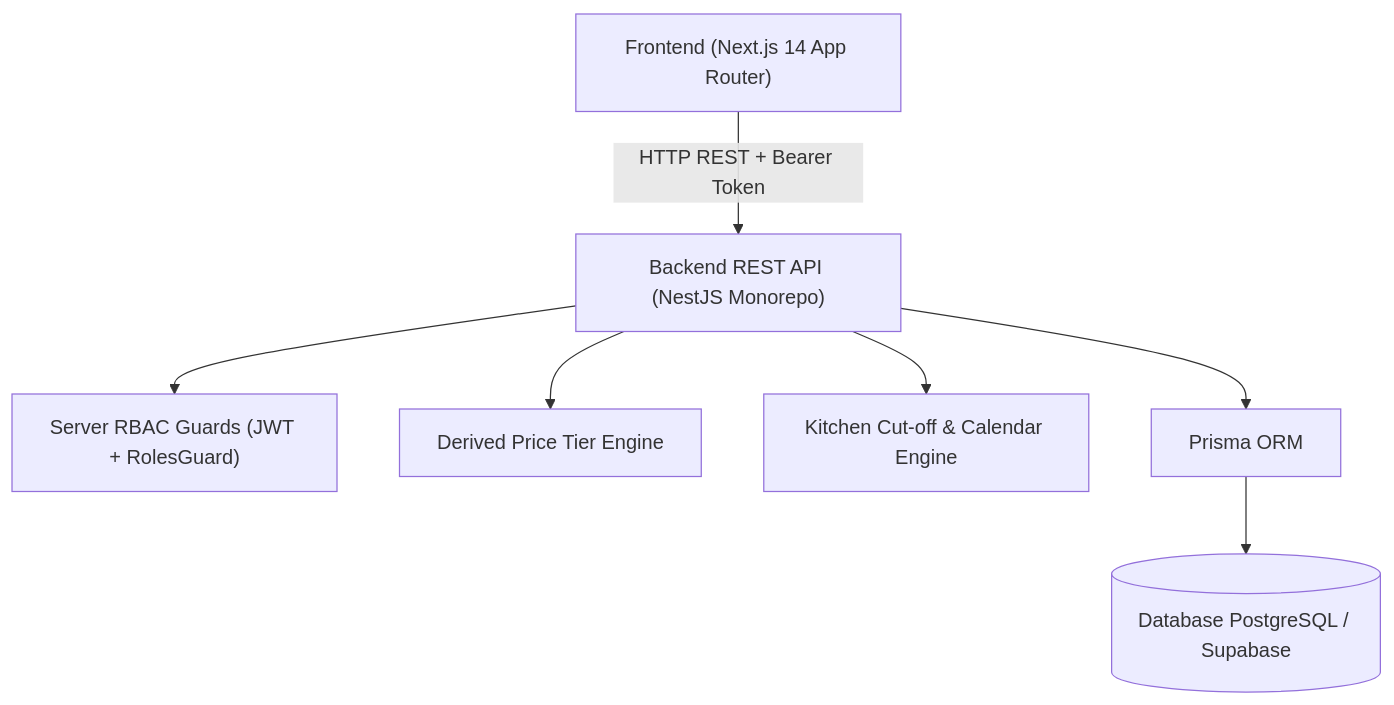
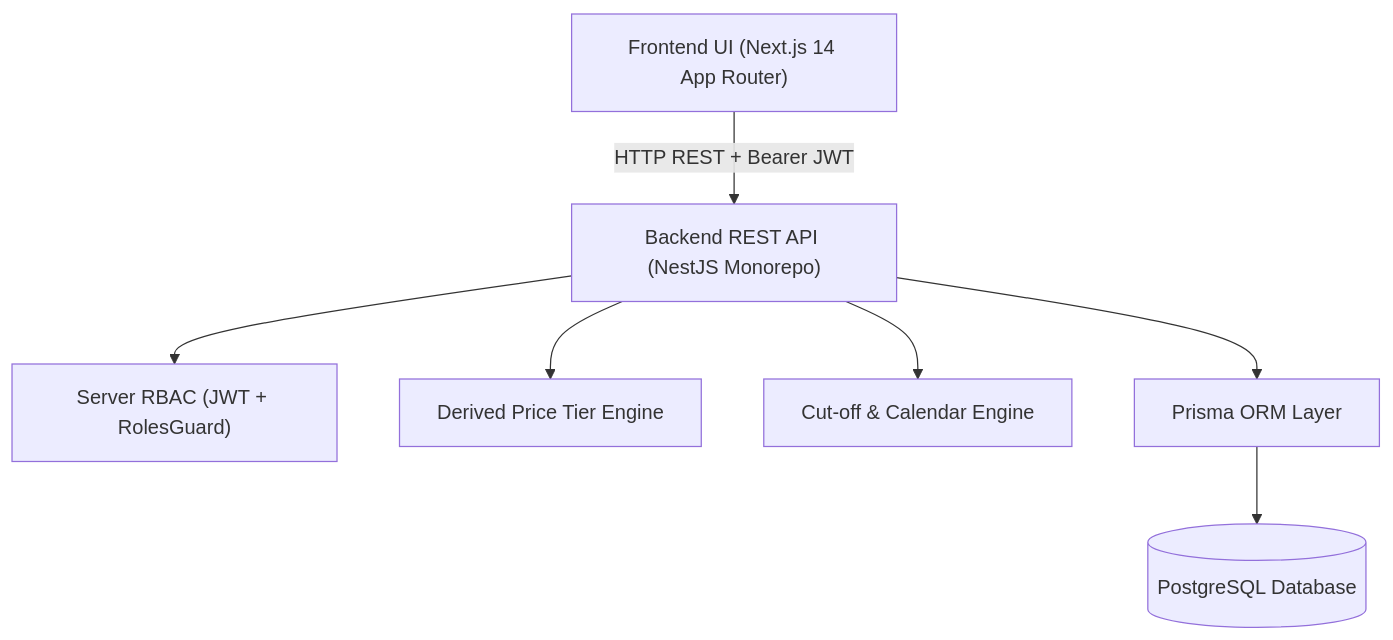
Before and after one commit to neel040205-np/fernleaf-kitchen-ops: the first of 2 diagrams in README.md, drawn with Mermaid. The commit also changed other lines of this file and 1 other file, not shown here.

Commit message:
docs: fix Mermaid ERD & monorepo architecture diagrams, update Render API link, and add comprehensive feature explanations

````diff
--- a/README.md
+++ b/README.md
@@ -87,17 +87,17 @@
 ```mermaid
 graph TD
-    Client["Frontend (Next.js 14 App Router)"]
+    Client["Frontend UI (Next.js 14 App Router)"]
     API["Backend REST API (NestJS Monorepo)"]
-    Auth["Server RBAC Guards (JWT + RolesGuard)"]
-    Pricing["Derived Price Tier Engine"]
-    Cutoff["Kitchen Cut-off & Calendar Engine"]
-    Prisma["Prisma ORM"]
-    DB[(Database PostgreSQL / Supabase)]
+    AuthGuard["Server RBAC (JWT + RolesGuard)"]
+    PricingEngine["Derived Price Tier Engine"]
+    CutoffEngine["Cut-off & Calendar Engine"]
+    PrismaORM["Prisma ORM Layer"]
+    SupabaseDB[(PostgreSQL Database)]
 
-    Client -->|HTTP REST + Bearer Token| API
-    API --> Auth
-    API --> Pricing
-    API --> Cutoff
-    API --> Prisma
-    Prisma --> DB
+    Client -->|HTTP REST + Bearer JWT| API
+    API --> AuthGuard
+    API --> PricingEngine
+    API --> CutoffEngine
+    API --> PrismaORM
+    PrismaORM --> SupabaseDB
 ```
````
